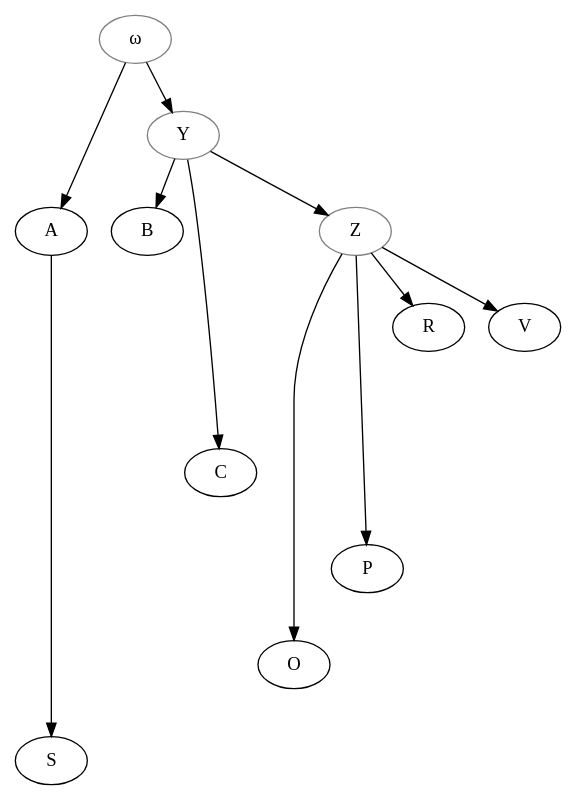
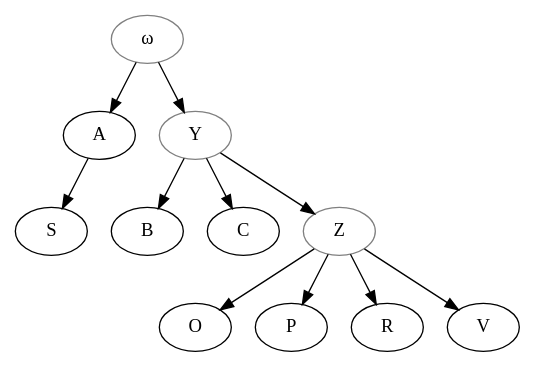
Before and after one commit to OpenStemmata/database: the diagram in data/lat/Künslte_1905_SyagrusContrahaereticos/stemma.gv, drawn with Graphviz.

```diff
--- a/data/lat/Künslte_1905_SyagrusContrahaereticos/stemma.gv
+++ b/data/lat/Künslte_1905_SyagrusContrahaereticos/stemma.gv
@@ -1,27 +1,27 @@
 
 
 digraph {
-    omega->A[minlen=2]; 
-    A->S[minlen=6];
+    omega->A; 
+    A->S;
     omega->Y;
     Y->B;
-    Y->C[minlen=4]; 
+    Y->C; 
     Y->Z;
-    Z->O[minlen=5];
-    Z->P[minlen=4];
+    Z->O;
+    Z->P;
     Z->R;
     Z->V;
     
     
     omega[color="grey", label="ω"];
     Y[color="grey",label="Y"];
     Z[color="grey",label="Z"];
     A[label="A"];
     B[label="B"];
     C[label="C"];
     O[label="O"];
     S[label="S"];
     R[label="R"];
     P[label="P"];
     V[label="V"];
 }
```
